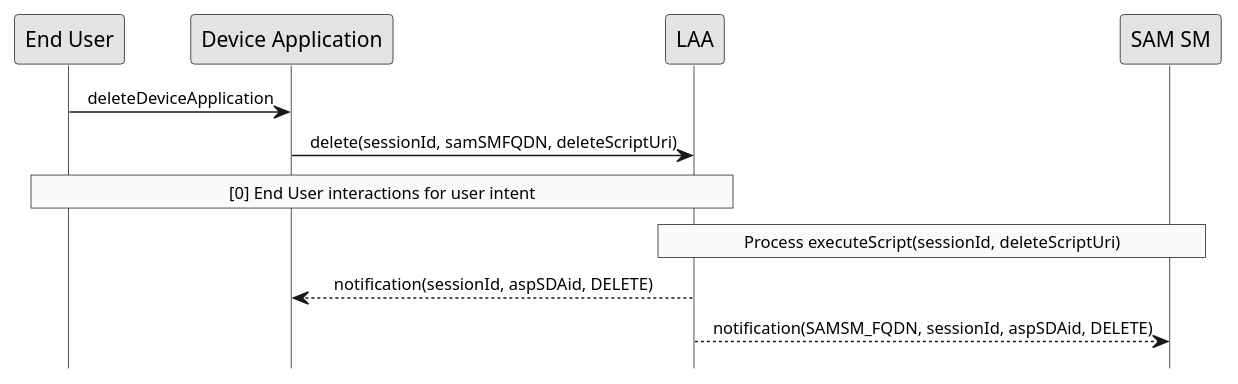
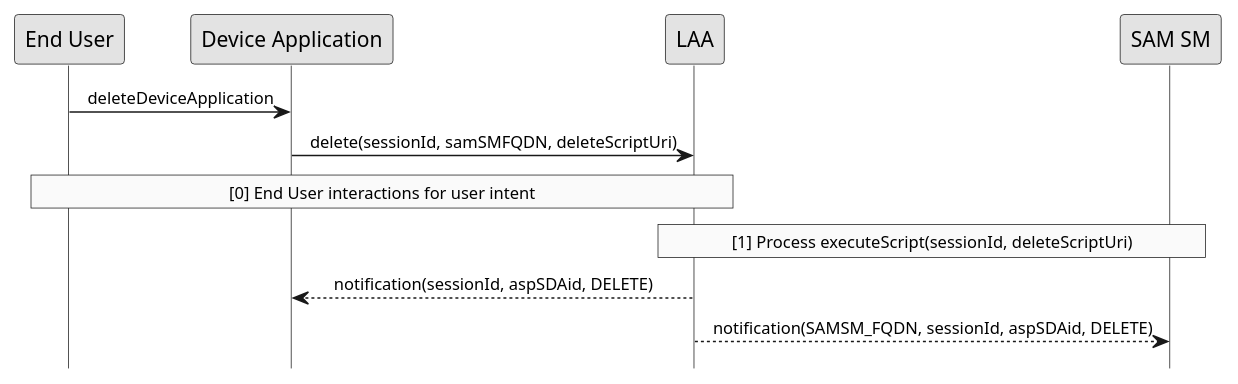
Before and after one commit to gaelrgerard/laa: the diagram in doc/uml/delete-device-script.pu, drawn with PlantUML. The commit also changed 2 other files, not shown here.

```diff
--- a/doc/uml/delete-device-script.pu
+++ b/doc/uml/delete-device-script.pu
@@ -1,26 +1,27 @@
 @startuml
 
 hide footbox
 skinparam sequenceMessageAlign center
 skinparam sequenceArrowFontSize 11
 skinparam noteFontSize 11
 skinparam monochrome true
 skinparam lifelinestrategy solid
  
 "End User" -> "Device Application" : deleteDeviceApplication
 "Device Application" -> LAA : delete(sessionId, samSMFQDN, deleteScriptUri)
 
 rnote over "LAA", "End User"
      [0] End User interactions for user intent
 end rnote
 
+
 rnote over "LAA", "SAM SM"
-     Process executeScript(sessionId, deleteScriptUri)
+     [1] Process executeScript(sessionId, deleteScriptUri)
 end rnote
 
 
  
 LAA --> "Device Application" : notification(sessionId, aspSDAid, DELETE)
  
 LAA --> "SAM SM" : notification(SAMSM_FQDN, sessionId, aspSDAid, DELETE)
 @enduml
```
